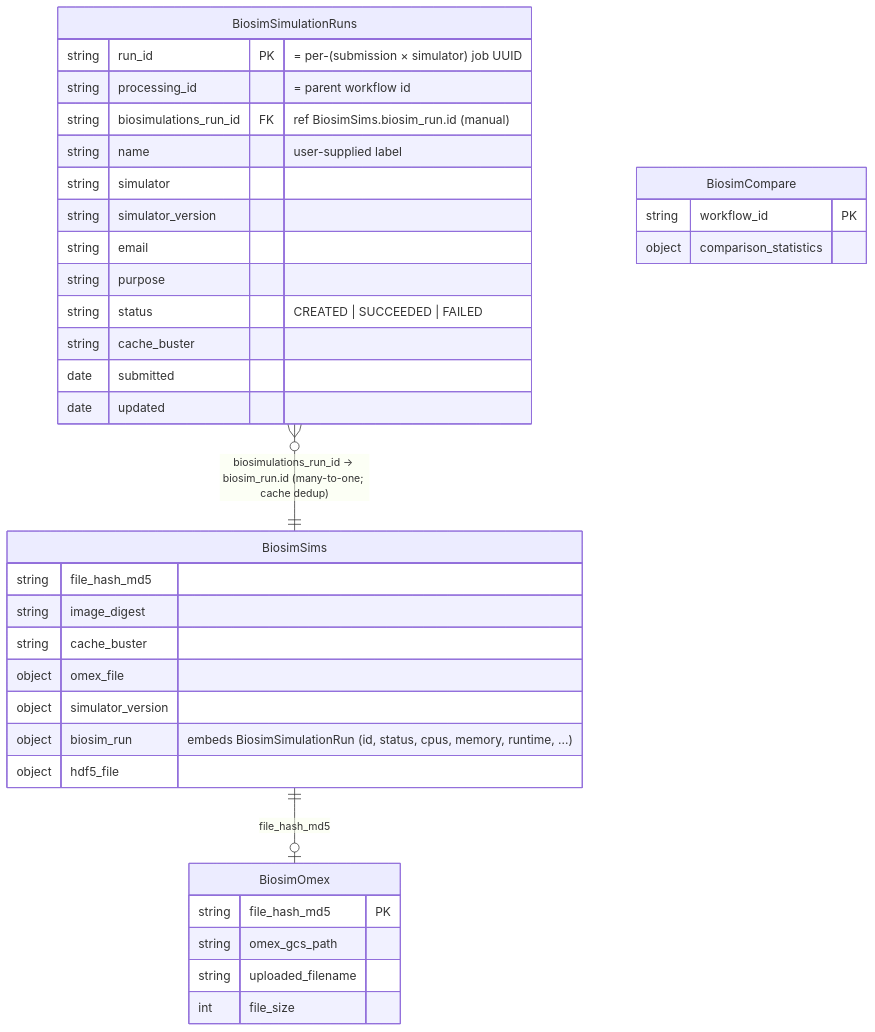
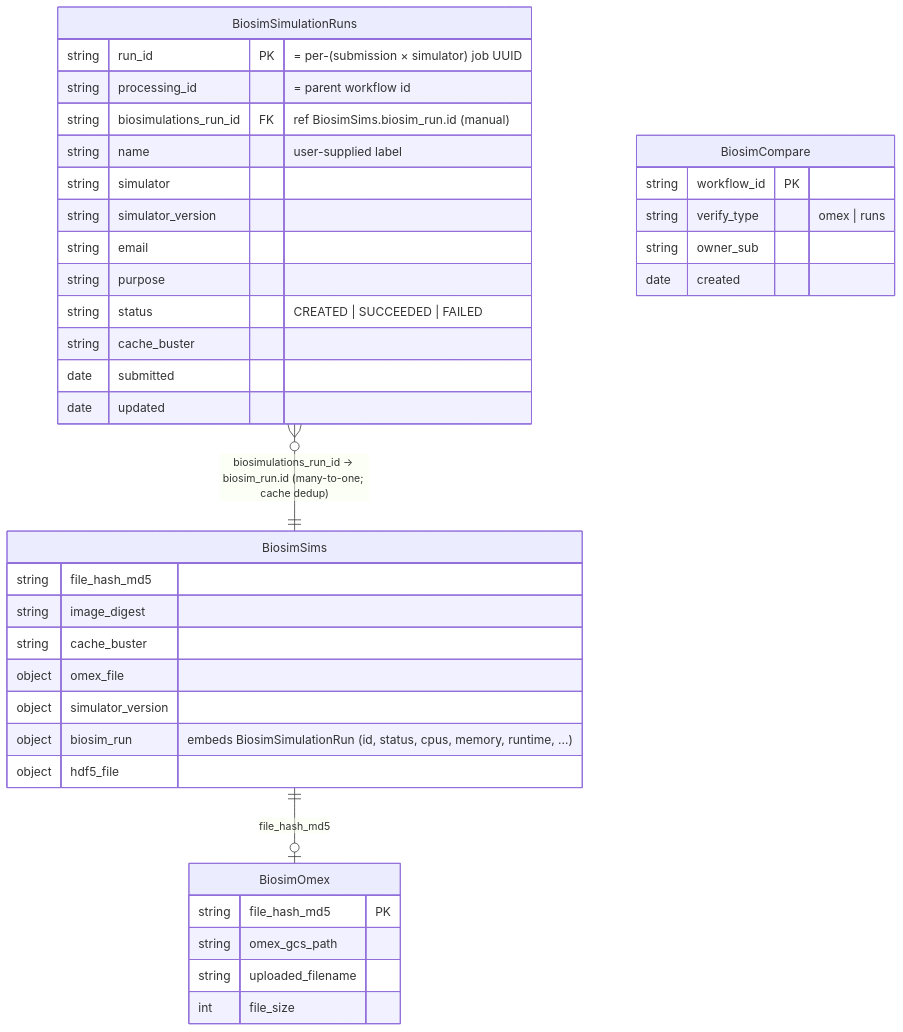
The sixth of 7 diagrams in docs/workflows-architecture.md (biosimulations/platform), drawn with Mermaid before and after one commit. The commit also changed other lines of this file and 22 other files, not shown here.

````diff
--- a/docs/workflows-architecture.md
+++ b/docs/workflows-architecture.md
@@ -334,38 +336,40 @@
 ```mermaid
 erDiagram
     BiosimOmex {
         string file_hash_md5 PK
         string omex_gcs_path
         string uploaded_filename
         int    file_size
     }
     BiosimSims {
         string file_hash_md5
         string image_digest
         string cache_buster
         object omex_file
         object simulator_version
         object biosim_run "embeds BiosimSimulationRun (id, status, cpus, memory, runtime, ...)"
         object hdf5_file
     }
     BiosimSimulationRuns {
         string run_id PK "= per-(submission × simulator) job UUID"
         string processing_id "= parent workflow id"
         string biosimulations_run_id FK "ref BiosimSims.biosim_run.id (manual)"
         string name "user-supplied label"
         string simulator
         string simulator_version
         string email
         string purpose
         string status "CREATED | SUCCEEDED | FAILED"
         string cache_buster
         date   submitted
         date   updated
     }
     BiosimCompare {
         string workflow_id PK
-        object comparison_statistics
+        string verify_type "omex | runs"
+        string owner_sub
+        date   created
     }
     BiosimSims ||--o| BiosimOmex : "file_hash_md5"
     BiosimSimulationRuns }o--|| BiosimSims : "biosimulations_run_id → biosim_run.id (many-to-one; cache dedup)"
 ```
````
